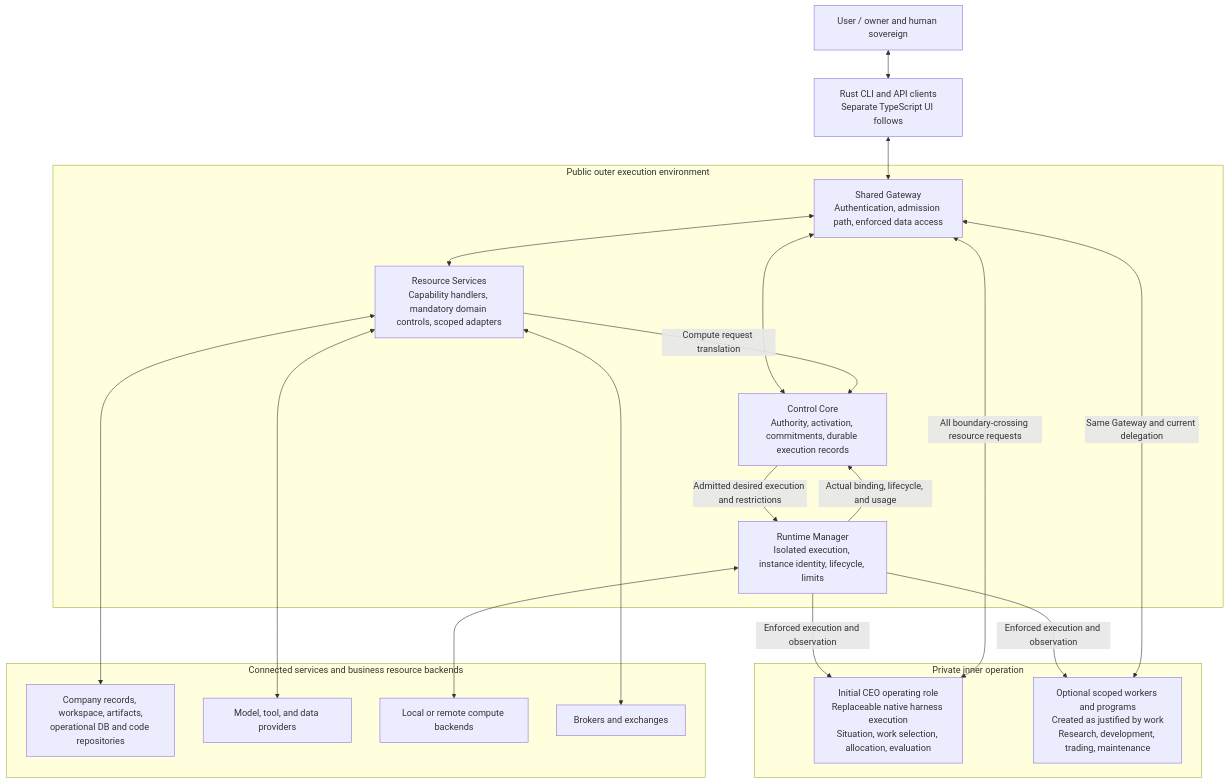
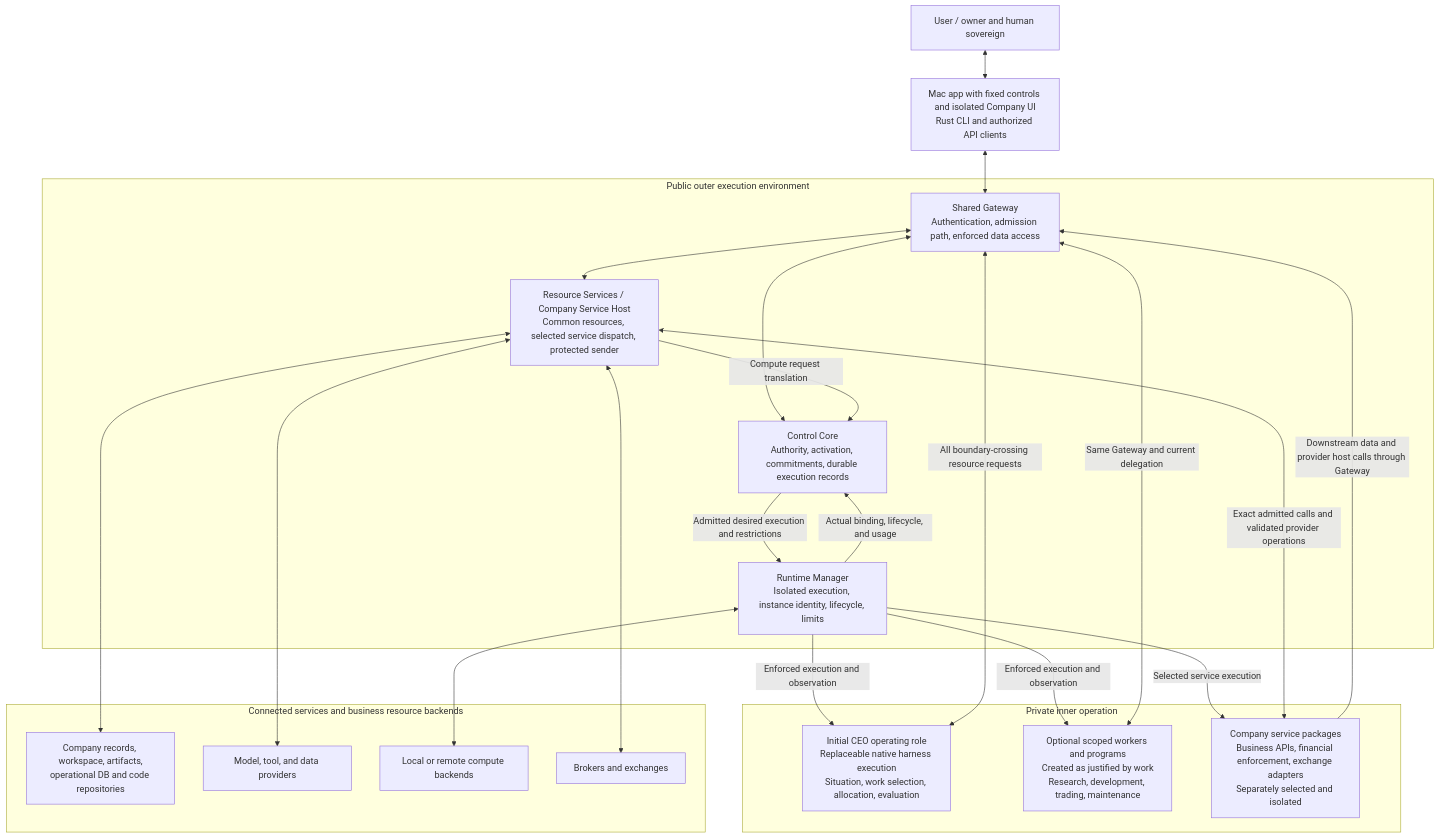
The diagram in ARCHITECTURE.md (openboa-ai/ouroboros), drawn with Mermaid before and after one commit. The commit also changed other lines of this file and 366 other files, not shown here.

First line of the commit message:
Add the Mac owner control plane and bounded Company recovery (#271)

````diff
--- a/ARCHITECTURE.md
+++ b/ARCHITECTURE.md
@@ -64,36 +79,40 @@
 ```mermaid
 flowchart TB
     USER["User / owner and human sovereign"]
-    CLIENT["Rust CLI and API clients<br/>Separate TypeScript UI follows"]
+    CLIENT["Mac app with fixed controls and isolated Company UI<br/>Rust CLI and authorized API clients"]
     subgraph OUTER["Public outer execution environment"]
         GATEWAY["Shared Gateway<br/>Authentication, admission path, enforced data access"]
         CORE["Control Core<br/>Authority, activation, commitments, durable execution records"]
         RUNTIME["Runtime Manager<br/>Isolated execution, instance identity, lifecycle, limits"]
-        RESOURCE["Resource Services<br/>Capability handlers, mandatory domain controls, scoped adapters"]
+        RESOURCE["Resource Services / Company Service Host<br/>Common resources, selected service dispatch, protected sender"]
         GATEWAY <--> CORE
         GATEWAY <--> RESOURCE
         RESOURCE -->|Compute request translation| CORE
         CORE -->|Admitted desired execution and restrictions| RUNTIME
         RUNTIME -->|Actual binding, lifecycle, and usage| CORE
     end
     subgraph INNER["Private inner operation"]
         WORK["Initial CEO operating role<br/>Replaceable native harness execution<br/>Situation, work selection, allocation, evaluation"]
         JOBS["Optional scoped workers and programs<br/>Created as justified by work<br/>Research, development, trading, maintenance"]
+        SERVICES["Company service packages<br/>Business APIs, financial enforcement, exchange adapters<br/>Separately selected and isolated"]
     end
     subgraph EXTERNAL["Connected services and business resource backends"]
         DATA["Company records, workspace, artifacts,<br/>operational DB and code repositories"]
         MODELS["Model, tool, and data providers"]
         COMPUTE["Local or remote compute backends"]
         MARKETS["Brokers and exchanges"]
     end
     USER <--> CLIENT
     CLIENT <--> GATEWAY
     WORK <-->|All boundary-crossing resource requests| GATEWAY
     JOBS <-->|Same Gateway and current delegation| GATEWAY
     RUNTIME -->|Enforced execution and observation| WORK
     RUNTIME -->|Enforced execution and observation| JOBS
+    RUNTIME -->|Selected service execution| SERVICES
+    RESOURCE <-->|Exact admitted calls and validated provider operations| SERVICES
+    SERVICES -->|Downstream data and provider host calls through Gateway| GATEWAY
     RESOURCE <--> DATA
     RESOURCE <--> MODELS
     RESOURCE <--> MARKETS
     RUNTIME <--> COMPUTE
 ```
````
